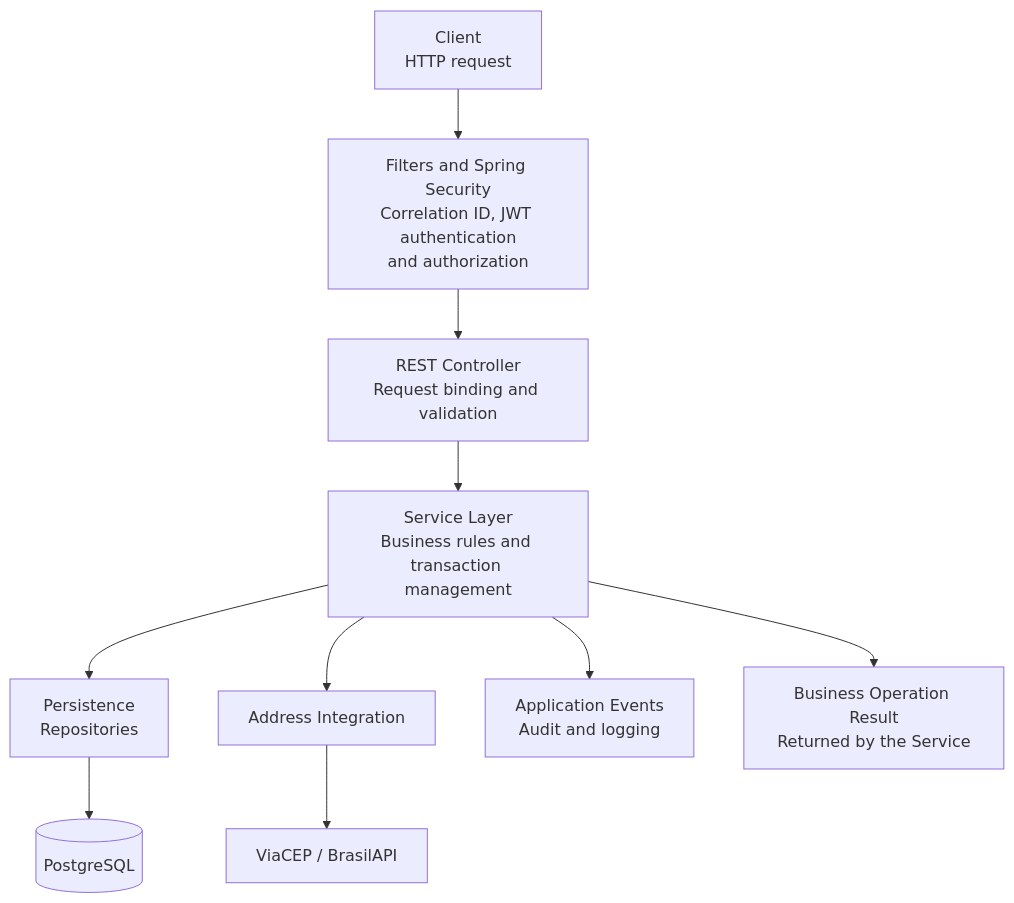
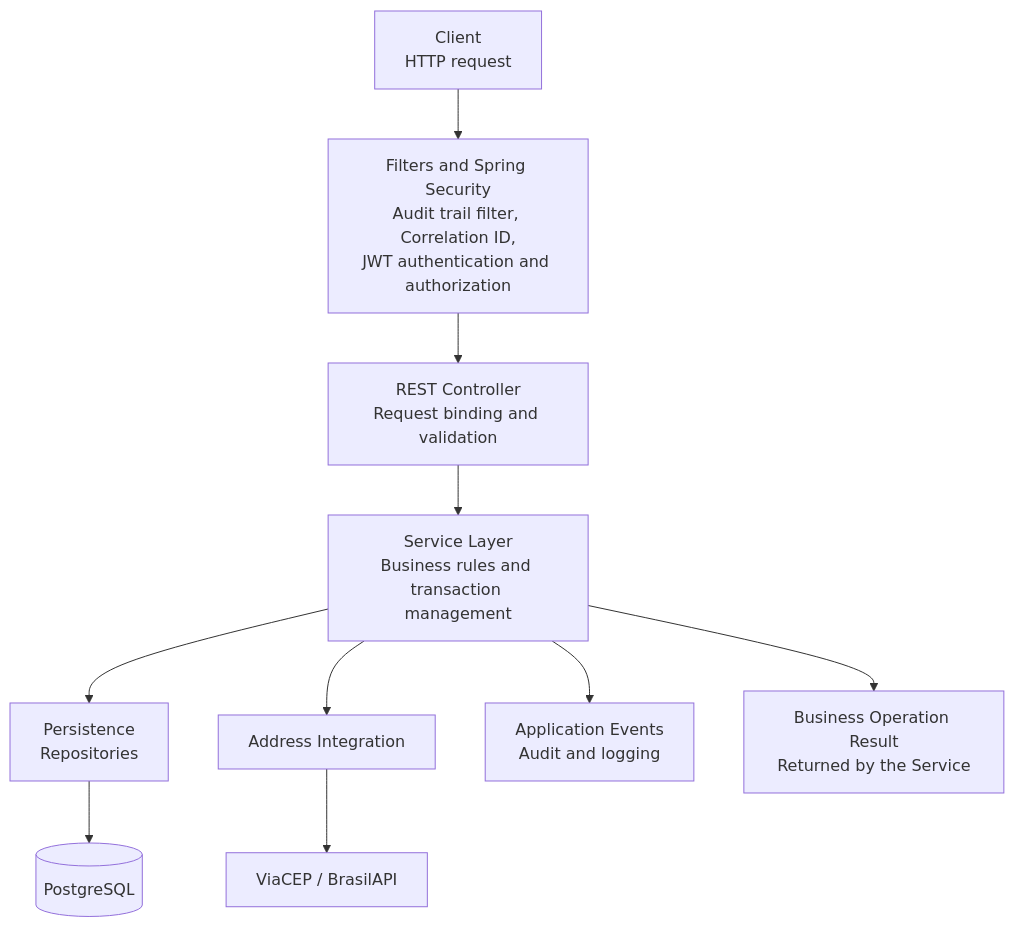
One commit to lcsalvess/banking-system changed the first of 2 diagrams in docs/ARCHITECTURE.md. Above: the diagram before and after it, drawn with Mermaid. The commit also changed other lines of this file and 6 other files, not shown here.

Commit message:
docs(audit): document security event auditing and flood protection

````diff
--- a/docs/ARCHITECTURE.md
+++ b/docs/ARCHITECTURE.md
@@ -64,19 +64,19 @@
 ```mermaid
 flowchart TB
     client["Client<br/>HTTP request"]
-    security["Filters and Spring Security<br/>Correlation ID, JWT authentication<br/>and authorization"]
+    security["Filters and Spring Security<br/>Audit trail filter, Correlation ID,<br/>JWT authentication and authorization"]
     controller["REST Controller<br/>Request binding and validation"]
     service["Service Layer<br/>Business rules and transaction management"]
 
     client --> security --> controller --> service
 
     service --> repositories["Persistence<br/>Repositories"]
     repositories --> database[("PostgreSQL")]
 
     service --> integration["Address Integration"]
     integration --> providers["ViaCEP / BrasilAPI"]
 
     service --> events["Application Events<br/>Audit and logging"]
 
     service --> result["Business Operation Result<br/>Returned by the Service"]
 ```
````
